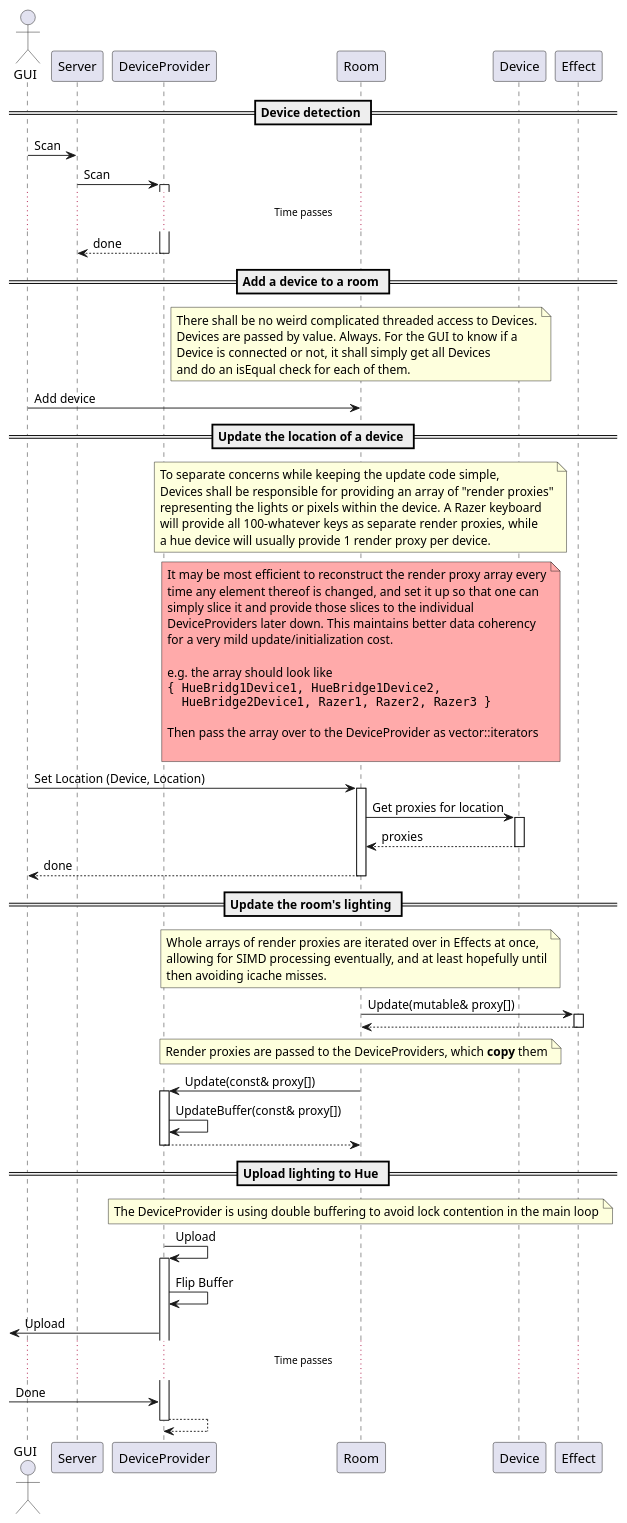
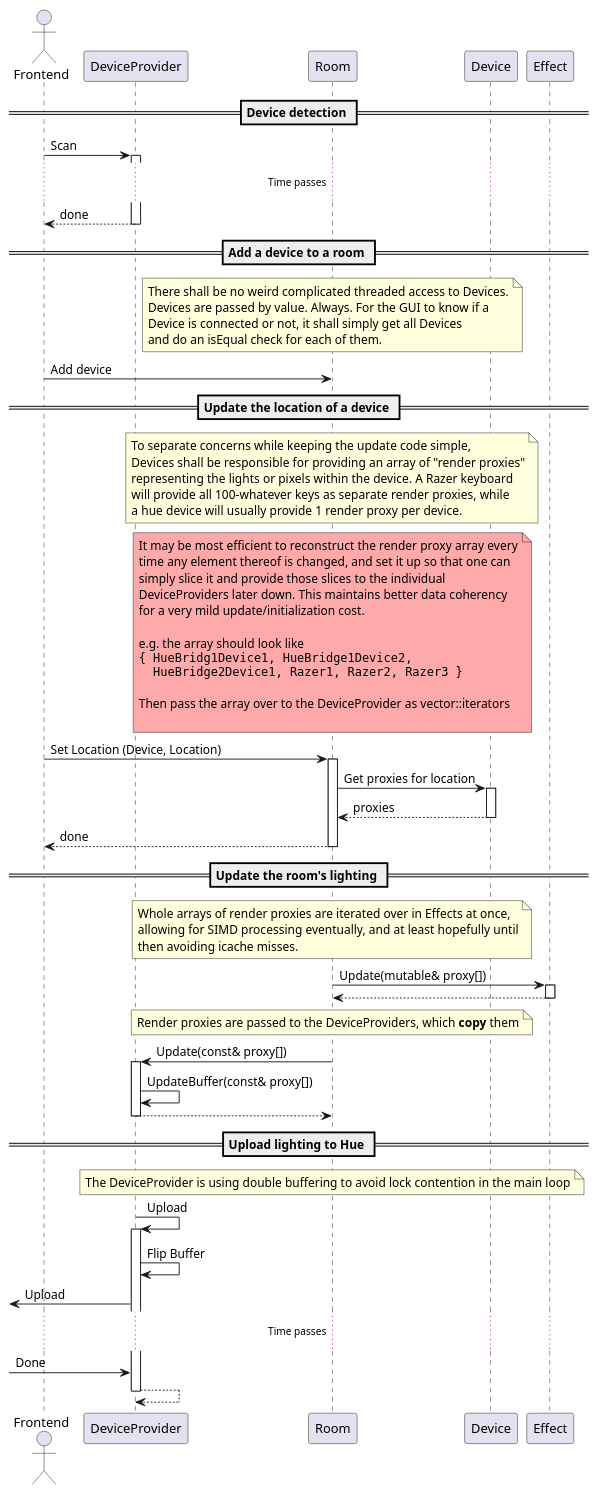
Before and after one commit to BradyBrenot/huestacean-design: the diagram in updateloop.plantuml, drawn with PlantUML. The commit also changed 2 other files, not shown here.

```diff
--- a/updateloop.plantuml
+++ b/updateloop.plantuml
@@ -1,91 +1,90 @@
 @startuml
 
-actor GUI
+actor Frontend
 
 == Device detection ==
-GUI -> Server : Scan
-Server -> DeviceProvider : Scan
+Frontend -> DeviceProvider : Scan
 activate DeviceProvider
 ... Time passes ...
 return done
 deactivate DeviceProvider
 
 == Add a device to a room ==
 
 note over Room
  There shall be no weird complicated threaded access to Devices.
  Devices are passed by value. Always. For the GUI to know if a 
  Device is connected or not, it shall simply get all Devices
  and do an isEqual check for each of them.
 end note
 
-GUI -> Room : Add device
+Frontend -> Room : Add device
 
 == Update the location of a device ==
 
 note over Room
  To separate concerns while keeping the update code simple,
  Devices shall be responsible for providing an array of "render proxies"
  representing the lights or pixels within the device. A Razer keyboard
  will provide all 100-whatever keys as separate render proxies, while
  a hue device will usually provide 1 render proxy per device.
 end note
 
 note over Room #FFAAAA
  It may be most efficient to reconstruct the render proxy array every
  time any element thereof is changed, and set it up so that one can
  simply slice it and provide those slices to the individual
  DeviceProviders later down. This maintains better data coherency
  for a very mild update/initialization cost.
  
  e.g. the array should look like
  ""{ HueBridg1Device1, HueBridge1Device2,""
  ""  HueBridge2Device1, Razer1, Razer2, Razer3 }""
 
  Then pass the array over to the DeviceProvider as vector::iterators
 
 end note
 
-GUI -> Room : Set Location (Device, Location)
+Frontend -> Room : Set Location (Device, Location)
 activate Room
 Room -> Device : Get proxies for location
 activate Device
 return proxies
 return done
 
 == Update the room's lighting ==
 
 note over Room
  Whole arrays of render proxies are iterated over in Effects at once,
  allowing for SIMD processing eventually, and at least hopefully until
  then avoiding icache misses.
 end note
 
 Room -> Effect : Update(mutable& proxy[])
 activate Effect
 return
 
 note over Room
  Render proxies are passed to the DeviceProviders, which **copy** them
 end note
 
 Room -> DeviceProvider : Update(const& proxy[])
 activate DeviceProvider
 DeviceProvider -> DeviceProvider : UpdateBuffer(const& proxy[])
 return
 
 == Upload lighting to Hue ==
 
 note over Room
  The DeviceProvider is using double buffering to avoid lock contention in the main loop
 end note
 
 DeviceProvider -> DeviceProvider : Upload
 activate DeviceProvider
 DeviceProvider -> DeviceProvider : Flip Buffer
 DeviceProvider ->[ : Upload
 ... Time passes ...
 [-> DeviceProvider : Done
 return
 
 @enduml
```
